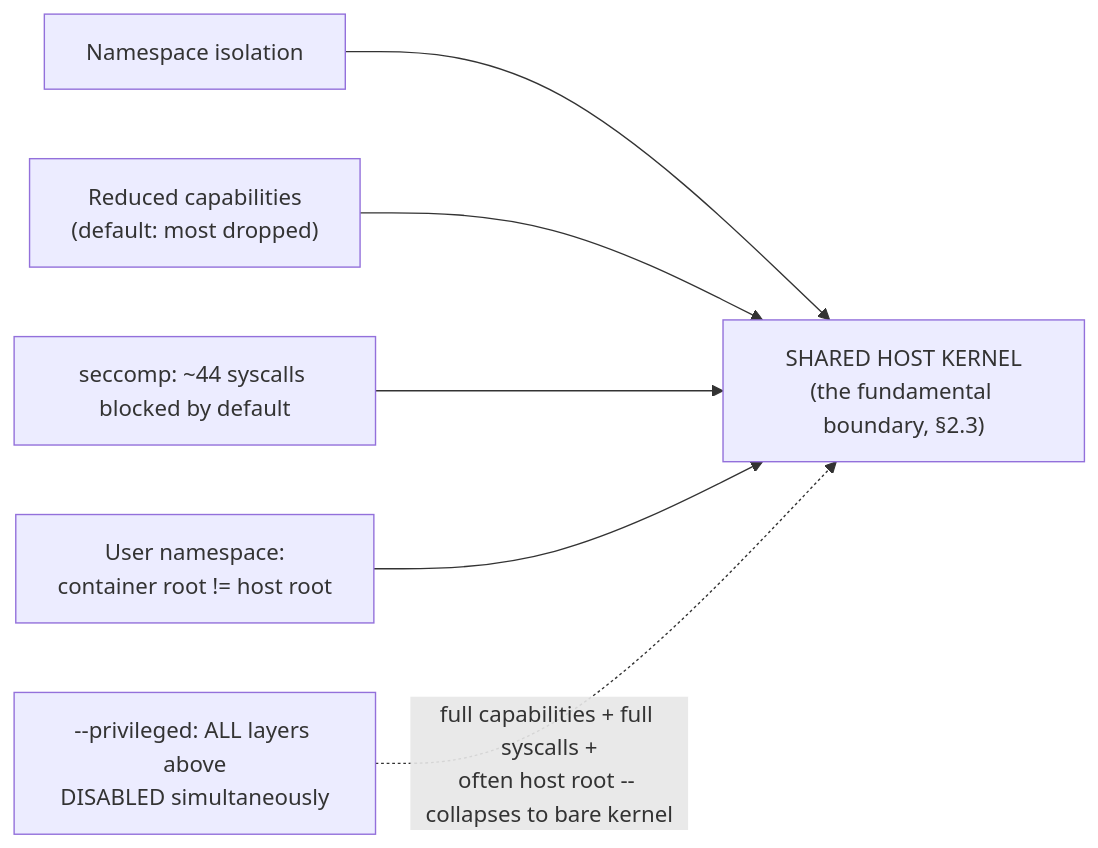
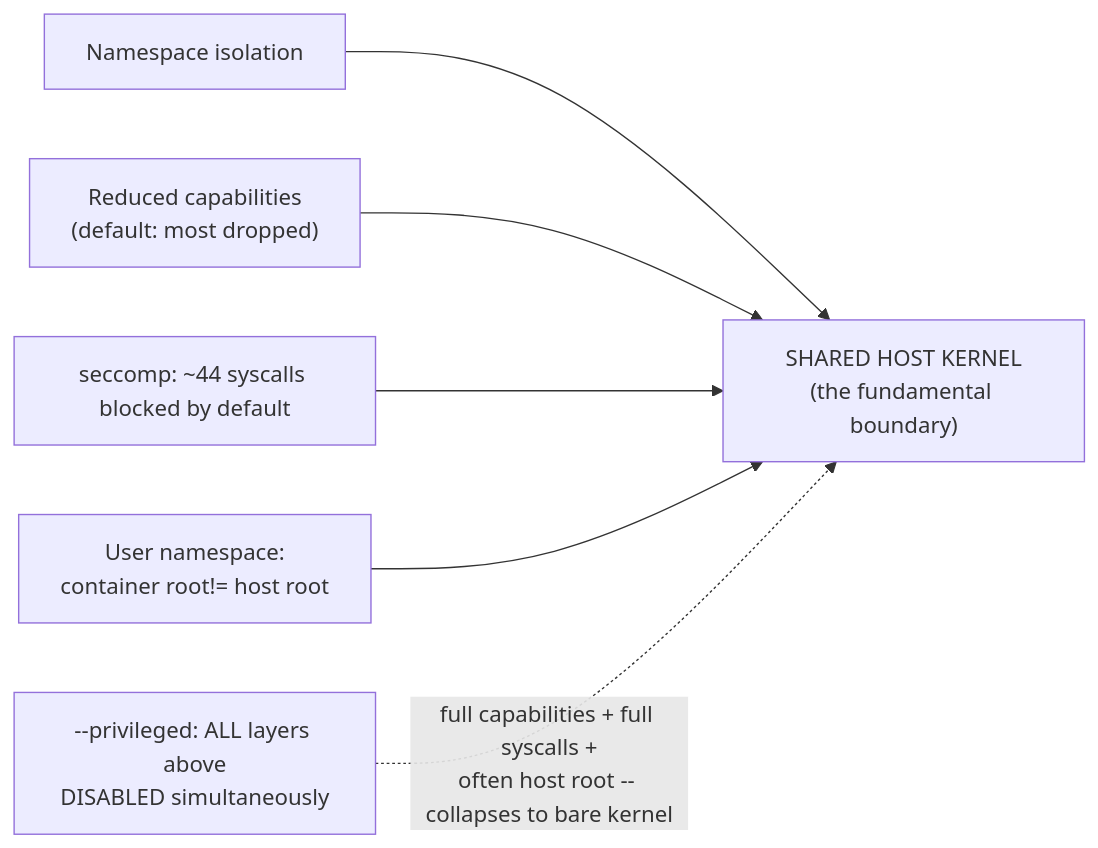
The second of 4 diagrams in 24-Docker/03-Runtime-Internals-Namespaces-Cgroups-Seccomp.md (umashankarp/InterviewQuestions), drawn with Mermaid before and after one commit. The commit also changed other lines of this file and 173 other files, not shown here.

````diff
--- a/24-Docker/03-Runtime-Internals-Namespaces-Cgroups-Seccomp.md
+++ b/24-Docker/03-Runtime-Internals-Namespaces-Cgroups-Seccomp.md
@@ -80,9 +80,9 @@
 ```mermaid
 graph LR
-    Kernel["SHARED HOST KERNEL<br/>(the fundamental boundary, §2.3)"]
-    NS["Namespace isolation"] --> Kernel
-    Caps["Reduced capabilities<br/>(default: most dropped)"] --> Kernel
-    Seccomp["seccomp: ~44 syscalls blocked by default"] --> Kernel
-    Rootless["User namespace:<br/>container root != host root"] --> Kernel
-    Privileged["--privileged: ALL layers above<br/>DISABLED simultaneously"] -.->|"full capabilities + full syscalls +<br/>often host root -- collapses to bare kernel"| Kernel
+ Kernel["SHARED HOST KERNEL<br/>(the fundamental boundary)"]
+ NS["Namespace isolation"] --> Kernel
+ Caps["Reduced capabilities<br/>(default: most dropped)"] --> Kernel
+ Seccomp["seccomp: ~44 syscalls blocked by default"] --> Kernel
+ Rootless["User namespace:<br/>container root!= host root"] --> Kernel
+ Privileged["--privileged: ALL layers above<br/>DISABLED simultaneously"] -.->|"full capabilities + full syscalls +<br/>often host root -- collapses to bare kernel"| Kernel
 ```
````
